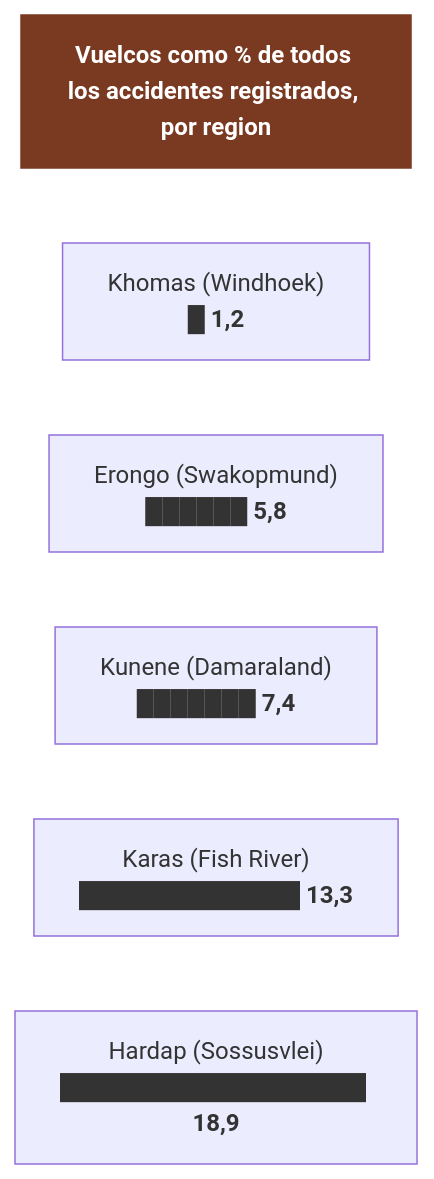
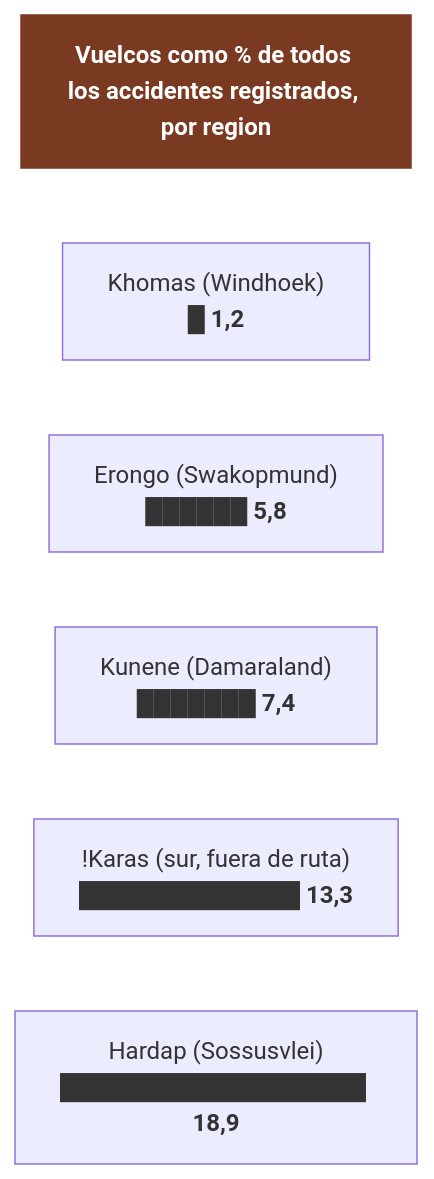
The first of 7 diagrams in 04-guia-preparacion.md (morandeirachema/namibia), drawn with Mermaid before and after one commit. The commit also changed other lines of this file and 15 other files, not shown here.

Commit message:
Dejar en el dossier solo la ruta elegida: fuera las variantes descartadas, el sur y el canon del Fish River

````diff
--- a/04-guia-preparacion.md
+++ b/04-guia-preparacion.md
@@ -56,15 +30,15 @@
 ```mermaid
 flowchart TD
     T["<b>Vuelcos como % de todos los accidentes registrados, por region</b>"]
     n0["Khomas (Windhoek)<br/>█ <b>1,2</b>"]
     n1["Erongo (Swakopmund)<br/>██████ <b>5,8</b>"]
     n2["Kunene (Damaraland)<br/>███████ <b>7,4</b>"]
-    n3["Karas (Fish River)<br/>█████████████ <b>13,3</b>"]
+    n3["!Karas (sur, fuera de ruta)<br/>█████████████ <b>13,3</b>"]
     n4["Hardap (Sossusvlei)<br/>██████████████████ <b>18,9</b>"]
     T ~~~ n0
     n0 ~~~ n1
     n1 ~~~ n2
     n2 ~~~ n3
     n3 ~~~ n4
     style T fill:#7a3a22,color:#fff,stroke:#7a3a22
 ```
````
